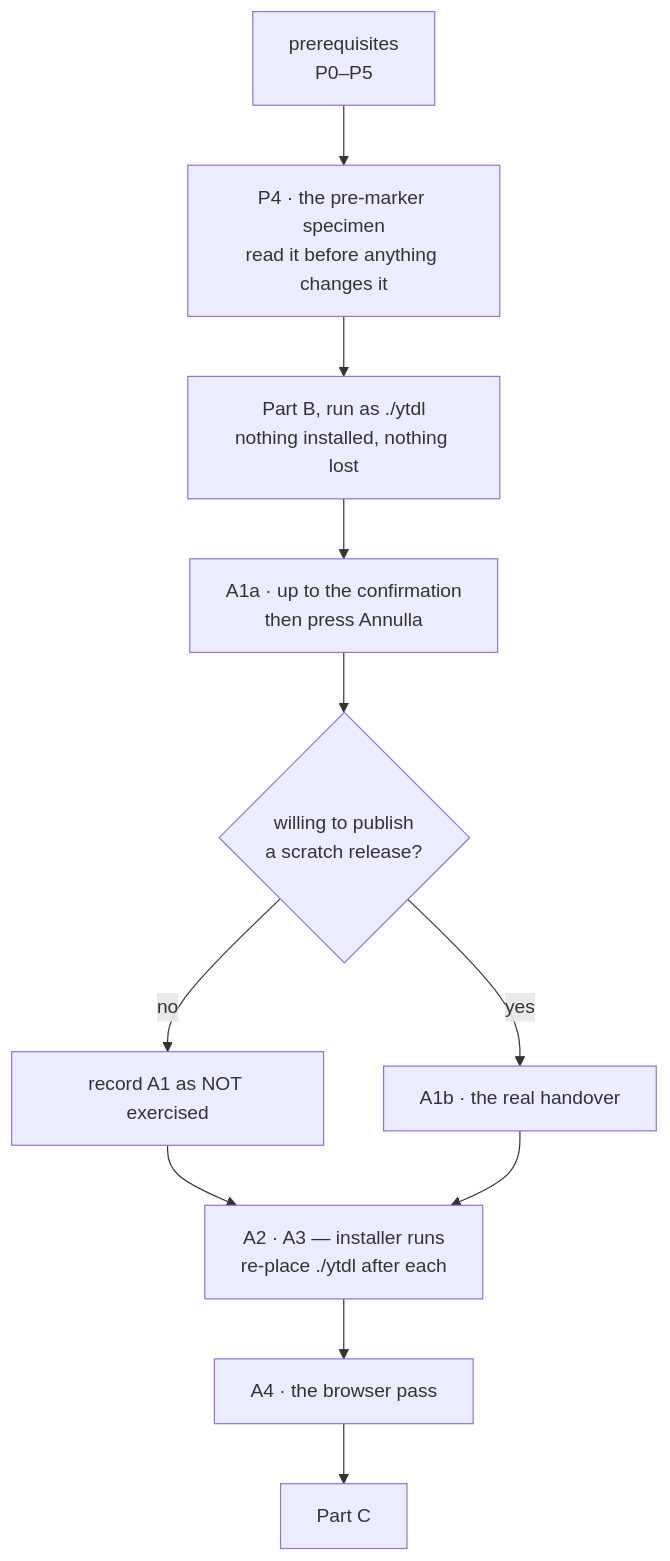
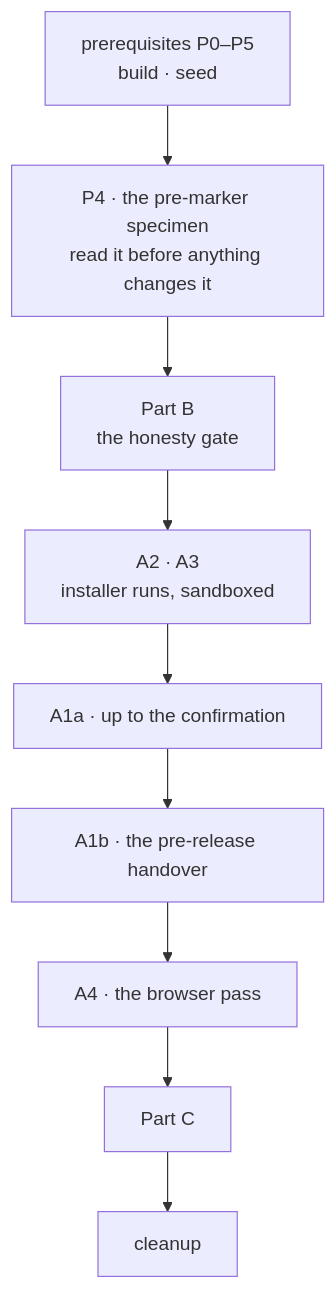
Before and after one commit to alergyonthestage/ytdl: the second of 2 diagrams in docs/verifica-cycle6plus.md, drawn with Mermaid. The commit also changed other lines of this file and 1 other file, not shown here.

First line of the commit message:
docs: record V20 (blocking) and put the whole checklist in the sandbox

````diff
--- a/docs/verifica-cycle6plus.md
+++ b/docs/verifica-cycle6plus.md
@@ -266,12 +242,9 @@
 ```mermaid
 flowchart TD
-  P["prerequisites<br/>P0–P5"] --> S["P4 · the pre-marker specimen<br/>read it before anything changes it"]
-  S --> B["Part B, run as ./ytdl<br/>nothing installed, nothing lost"]
-  B --> A1a["A1a · up to the confirmation<br/>then press Annulla"]
-  A1a --> D{"willing to publish<br/>a scratch release?"}
-  D -->|no| REC["record A1 as NOT exercised"]
-  D -->|yes| A1b["A1b · the real handover"]
-  REC --> INST["A2 · A3 — installer runs<br/>re-place ./ytdl after each"]
-  A1b --> INST
-  INST --> A4["A4 · the browser pass"] --> C["Part C"]
+  P["prerequisites P0–P5<br/>build · seed"] --> S["P4 · the pre-marker specimen<br/>read it before anything changes it"]
+  S --> B["Part B<br/>the honesty gate"]
+  B --> INST["A2 · A3<br/>installer runs, sandboxed"]
+  INST --> A1a["A1a · up to the confirmation"]
+  A1a --> A1b["A1b · the pre-release handover"]
+  A1b --> A4["A4 · the browser pass"] --> C["Part C"] --> CL["cleanup"]
 ```
````
